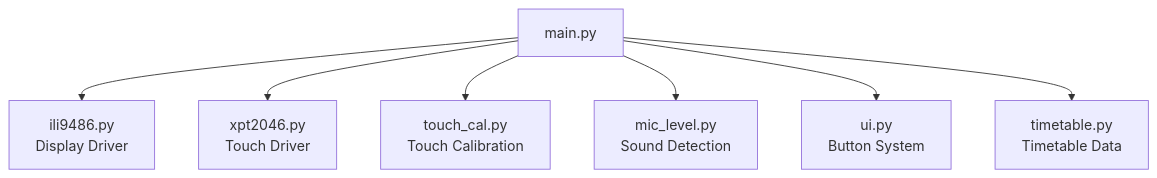
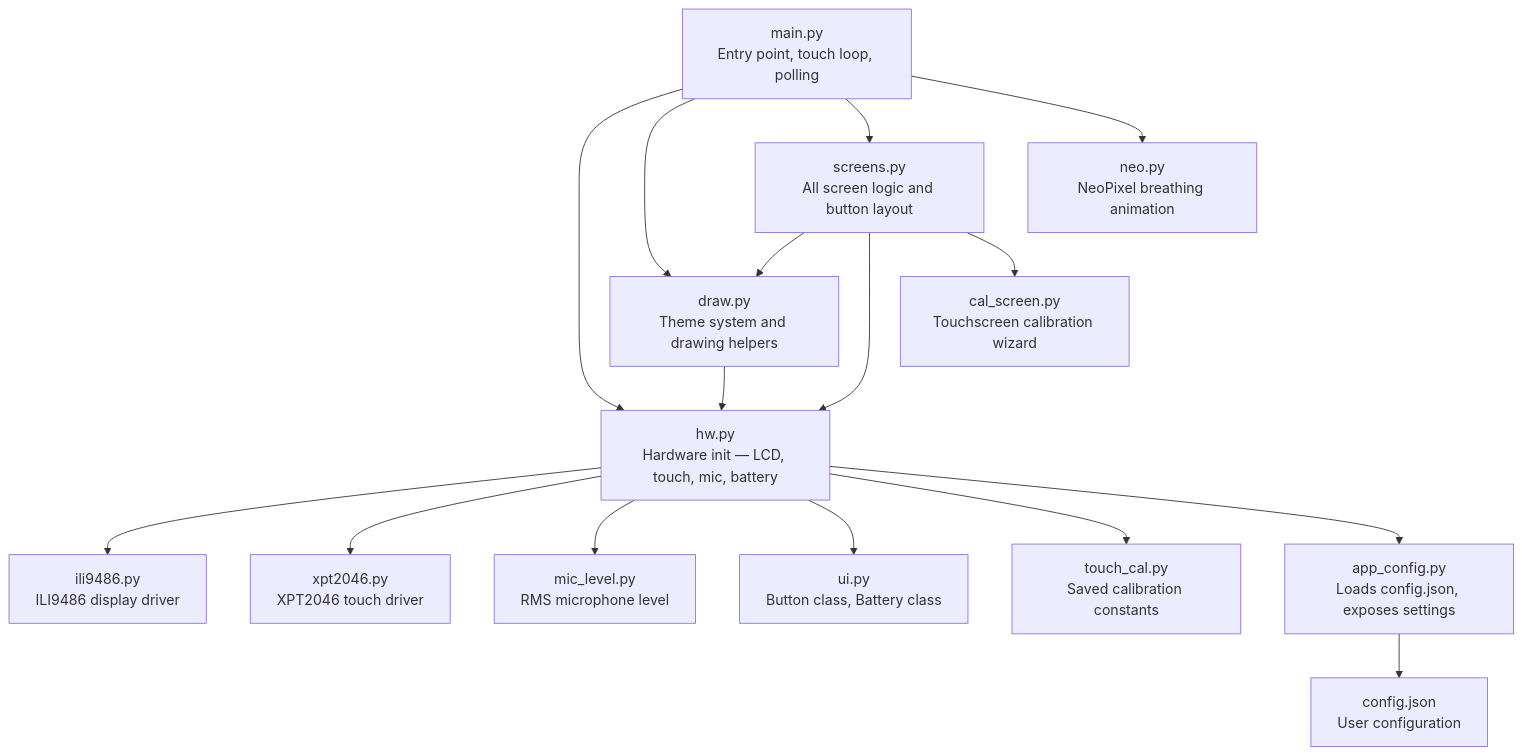
The second of 2 diagrams in README.md (Awesometeapot1/Sunflower-Lanyard-Assistive-Device), drawn with Mermaid before and after one commit. The commit also changed other lines of this file, not shown here.

````diff
--- a/README.md
+++ b/README.md
@@ -209,19 +224,35 @@
 ```mermaid
 graph TD
 
-MAIN[main.py]
+MAIN[main.py<br>Entry point, touch loop, polling]
 
-DISPLAY[ili9486.py<br>Display Driver]
-TOUCH[xpt2046.py<br>Touch Driver]
-CAL[touch_cal.py<br>Touch Calibration]
-MIC[mic_level.py<br>Sound Detection]
-UI[ui.py<br>Button System]
-TT[timetable.py<br>Timetable Data]
+HW[hw.py<br>Hardware init — LCD, touch, mic, battery]
+DRAW[draw.py<br>Theme system and drawing helpers]
+SCREENS[screens.py<br>All screen logic and button layout]
+NEO[neo.py<br>NeoPixel breathing animation]
+CAL[cal_screen.py<br>Touchscreen calibration wizard]
+CFG[app_config.py<br>Loads config.json, exposes settings]
 
-MAIN --> DISPLAY
-MAIN --> TOUCH
-MAIN --> CAL
-MAIN --> MIC
-MAIN --> UI
-MAIN --> TT
+DRV_LCD[ili9486.py<br>ILI9486 display driver]
+DRV_TP[xpt2046.py<br>XPT2046 touch driver]
+DRV_MIC[mic_level.py<br>RMS microphone level]
+DRV_UI[ui.py<br>Button class, Battery class]
+TOUCH_CAL[touch_cal.py<br>Saved calibration constants]
+CONFIG[config.json<br>User configuration]
+
+MAIN --> HW
+MAIN --> DRAW
+MAIN --> SCREENS
+MAIN --> NEO
+HW --> DRV_LCD
+HW --> DRV_TP
+HW --> DRV_MIC
+HW --> DRV_UI
+HW --> TOUCH_CAL
+HW --> CFG
+DRAW --> HW
+SCREENS --> DRAW
+SCREENS --> HW
+SCREENS --> CAL
+CFG --> CONFIG
 ```
````
